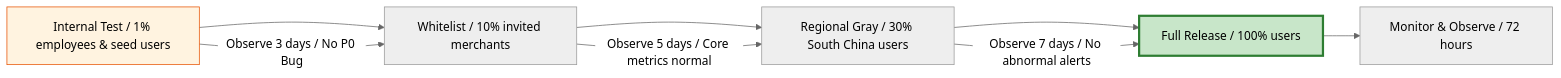
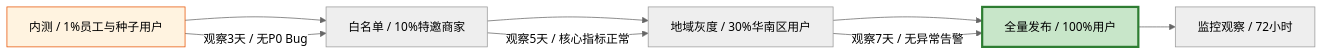
One commit to Kirky-X/cangjie changed diagram 11 of 11 in templates/Product/Product/Template-FRD.md. Above: the diagram before and after it, drawn with Mermaid (neutral theme). The commit also changed other lines of this file and 33 other files, not shown here.

````diff
--- a/templates/Product/Product/Template-FRD.md
+++ b/templates/Product/Product/Template-FRD.md
@@ -686,14 +686,14 @@
 ```mermaid
 graph LR
-    A[Internal Test / 1% employees & seed users] --> B[Whitelist / 10% invited merchants]
-    B --> C[Regional Gray / 30% South China users]
-    C --> D[Full Release / 100% users]
-    D --> E[Monitor & Observe / 72 hours]
+    A[内测 / 1%员工与种子用户] --> B[白名单 / 10%特邀商家]
+    B --> C[地域灰度 / 30%华南区用户]
+    C --> D[全量发布 / 100%用户]
+    D --> E[监控观察 / 72小时]
 
-    A -->|Observe 3 days / No P0 Bug| B
-    B -->|Observe 5 days / Core metrics normal| C
-    C -->|Observe 7 days / No abnormal alerts| D
+    A -->|观察3天 / 无P0 Bug| B
+    B -->|观察5天 / 核心指标正常| C
+    C -->|观察7天 / 无异常告警| D
 
     style A fill:#fff3e0,stroke:#e65100
     style D fill:#c8e6c9,stroke:#2e7d32,stroke-width:3px
 ```
````
